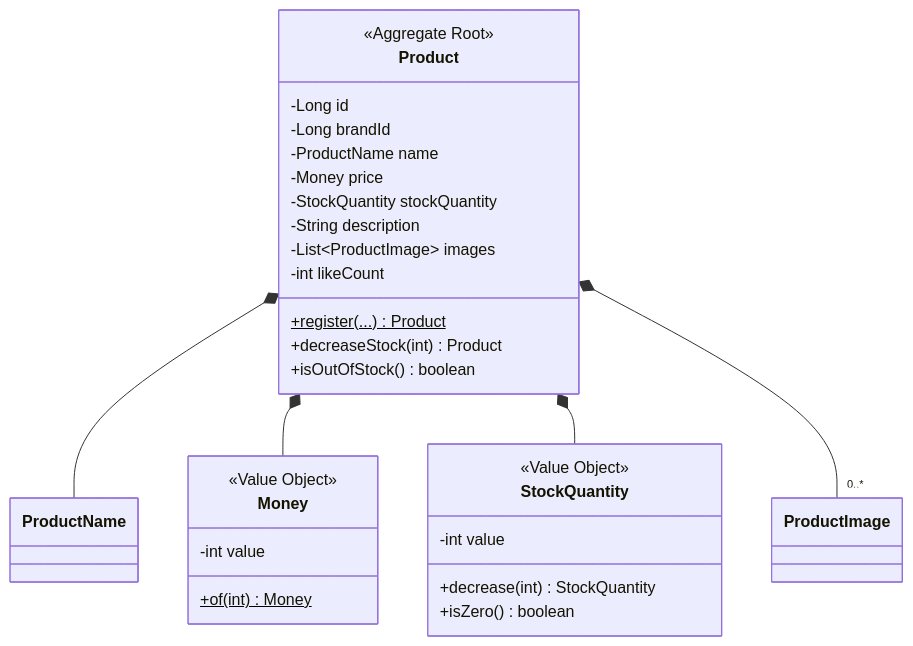
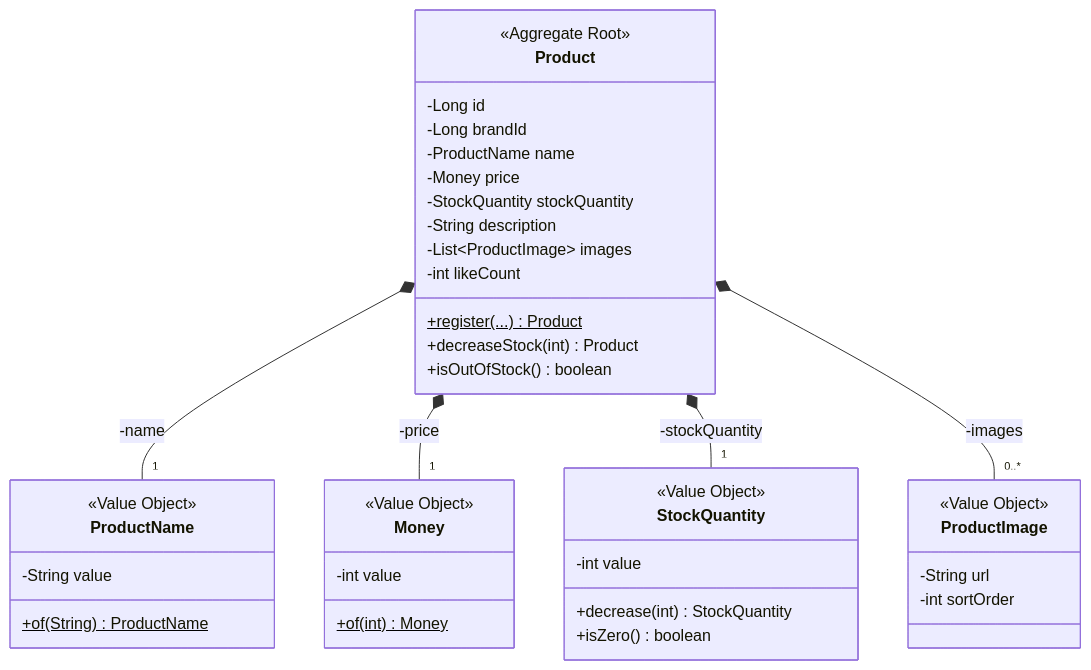
The seventh of 9 diagrams in .docs/design/03-class-diagram.md (ukukdin/loop-pack-be-l2-vol3-java), drawn with Mermaid before and after one commit. The commit also changed other lines of this file, not shown here.

Commit message:
⏺ refactor: class-diagram 수정

````diff
--- a/.docs/design/03-class-diagram.md
+++ b/.docs/design/03-class-diagram.md
@@ -323,33 +746,43 @@
 ```mermaid
 classDiagram
-    Product *-- ProductName
-    Product *-- Money
-    Product *-- StockQuantity
-    Product *-- "0..*" ProductImage
-
     class Product {
         <<Aggregate Root>>
         -Long id
         -Long brandId
         -ProductName name
         -Money price
         -StockQuantity stockQuantity
         -String description
         -List~ProductImage~ images
         -int likeCount
         +register(...)$ Product
         +decreaseStock(int) Product
         +isOutOfStock() boolean
     }
+    class ProductName {
+        <<Value Object>>
+        -String value
+        +of(String)$ ProductName
+    }
     class Money {
         <<Value Object>>
         -int value
         +of(int)$ Money
     }
     class StockQuantity {
         <<Value Object>>
         -int value
         +decrease(int) StockQuantity
         +isZero() boolean
     }
+    class ProductImage {
+        <<Value Object>>
+        -String url
+        -int sortOrder
+    }
+
+    Product *-- "1" ProductName : -name
+    Product *-- "1" Money : -price
+    Product *-- "1" StockQuantity : -stockQuantity
+    Product *-- "0..*" ProductImage : -images
 ```
````
